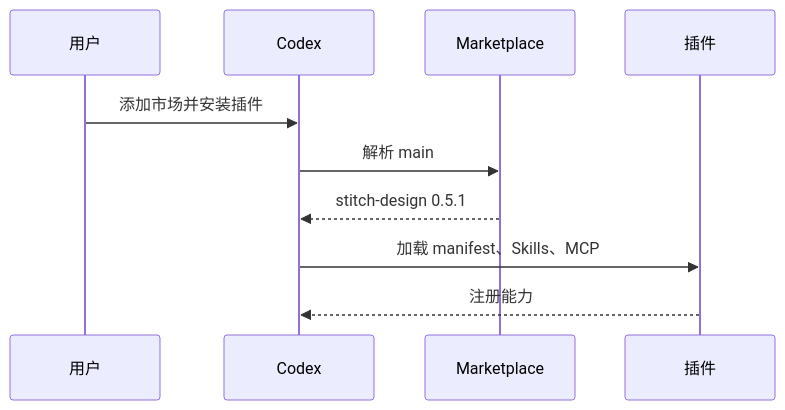
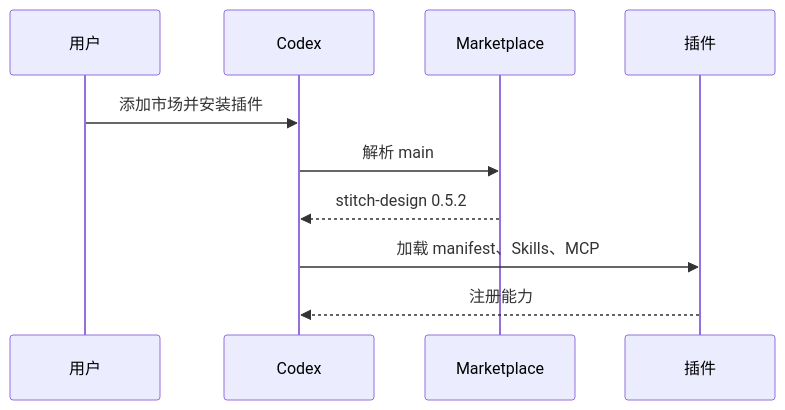
The seventh of 11 diagrams in docs/Stitch-Design-Architecture.zh_CN.md (full-stack-plugins/stitch-design-plugin), drawn with Mermaid before and after one commit. The commit also changed other lines of this file and 13 other files, not shown here.

Commit message:
chore: prepare Stitch Design 0.5.2 release

````diff
--- a/docs/Stitch-Design-Architecture.zh_CN.md
+++ b/docs/Stitch-Design-Architecture.zh_CN.md
@@ -156,12 +156,12 @@
 ```mermaid
 sequenceDiagram
     participant U as 用户
     participant C as Codex
     participant M as Marketplace
     participant P as 插件
     U->>C: 添加市场并安装插件
     C->>M: 解析 main
-    M-->>C: stitch-design 0.5.1
+    M-->>C: stitch-design 0.5.2
     C->>P: 加载 manifest、Skills、MCP
     P-->>C: 注册能力
 ```
````
